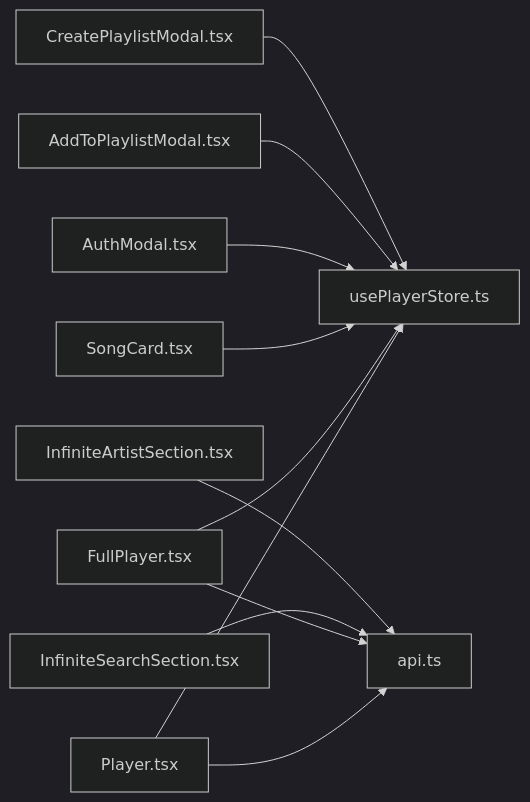
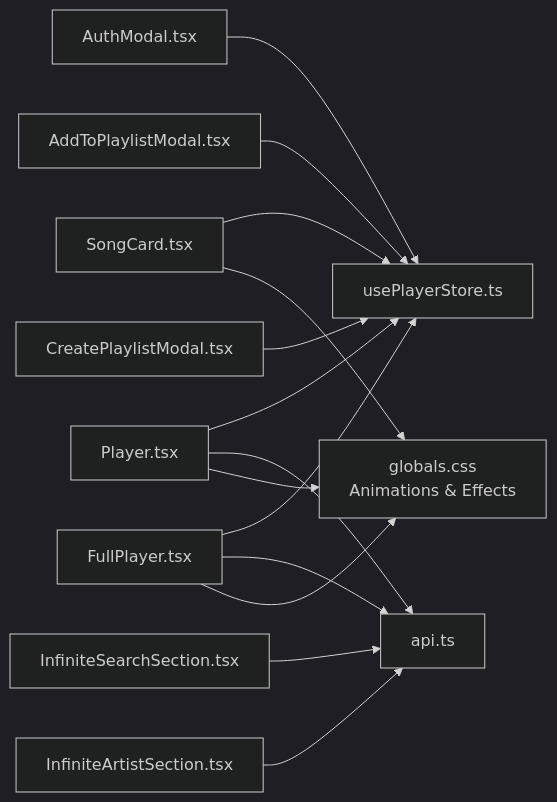
One commit to moindestiny/SonicStream changed the eighth of 8 diagrams in .qoder/repowiki/en/content/Component Library/Component Library.md. Above: the diagram before and after it, drawn with Mermaid (dark theme). The commit also changed other lines of this file and 5 other files, not shown here.

````diff
--- a/.qoder/repowiki/en/content/Component Library/Component Library.md
+++ b/.qoder/repowiki/en/content/Component Library/Component Library.md
@@ -406,23 +537,27 @@
 ```mermaid
 graph LR
 Store["usePlayerStore.ts"]
 API["api.ts"]
 PC["Player.tsx"]
 FC["FullPlayer.tsx"]
 SC["SongCard.tsx"]
 AS["AuthModal.tsx"]
 AP["AddToPlaylistModal.tsx"]
 CP["CreatePlaylistModal.tsx"]
 ISS["InfiniteSearchSection.tsx"]
 IAS["InfiniteArtistSection.tsx"]
+ANIM["globals.css<br/>Animations & Effects"]
 PC --> Store
 FC --> Store
 SC --> Store
 AS --> Store
 AP --> Store
 CP --> Store
 PC --> API
 FC --> API
 ISS --> API
 IAS --> API
+FC --> ANIM
+PC --> ANIM
+SC --> ANIM
 ```
````
